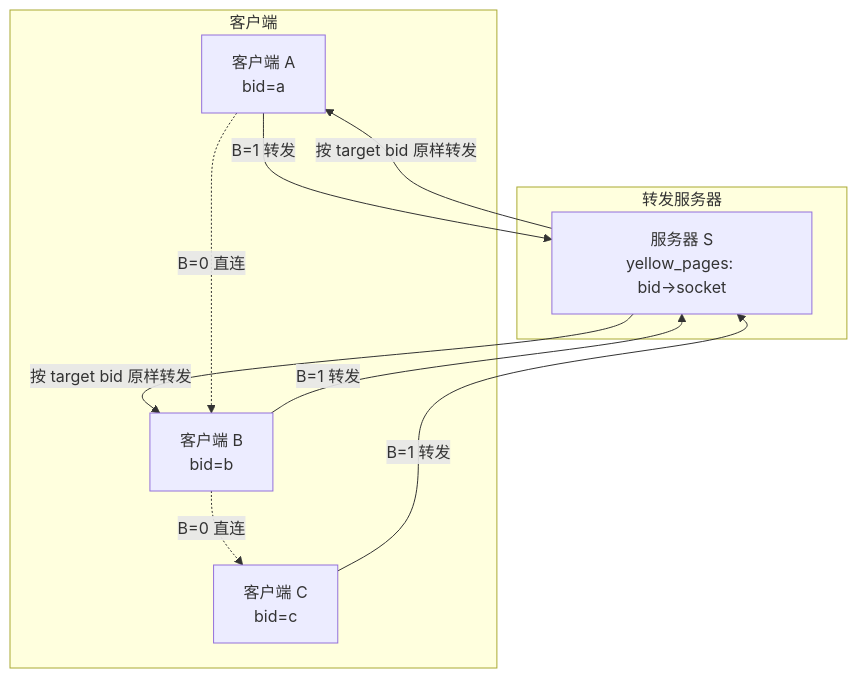
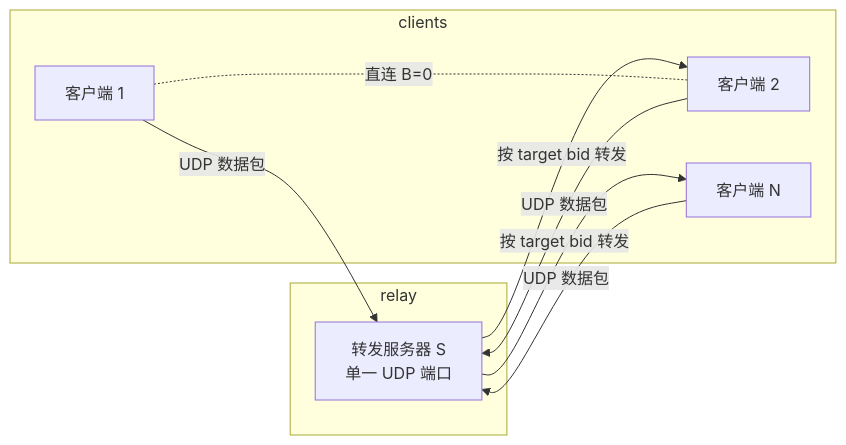
The first of 5 diagrams in docs/design-architecture.zh-CN.md (moky/magpie-bridge), drawn with Mermaid before and after one commit. The commit also changed other lines of this file and 5 other files, not shown here.

Commit message:
docs: regenerate from ai/ tasks with mermaid diagrams

````diff
--- a/docs/design-architecture.zh-CN.md
+++ b/docs/design-architecture.zh-CN.md
@@ -7,18 +7,17 @@
 ```mermaid
-graph TB
-    subgraph CL[客户端]
-        A[客户端 A<br/>bid=a]
-        B[客户端 B<br/>bid=b]
-        C[客户端 C<br/>bid=c]
+flowchart LR
+    subgraph clients
+        C1[客户端 1]
+        C2[客户端 2]
+        C3[客户端 N]
     end
-    subgraph SV[转发服务器]
-        S[服务器 S<br/>yellow_pages: bid→socket]
+    subgraph relay
+        S[转发服务器 S<br/>单一 UDP 端口]
     end
-    A -- "B=1 转发" --> S
-    B -- "B=1 转发" --> S
-    C -- "B=1 转发" --> S
-    S -- "按 target bid 原样转发" --> A
-    S -- "按 target bid 原样转发" --> B
-    A -. "B=0 直连" .-> B
-    B -. "B=0 直连" .-> C
+    C1 -->|"UDP 数据包"| S
+    C2 -->|"UDP 数据包"| S
+    C3 -->|"UDP 数据包"| S
+    S -->|"按 target bid 转发"| C2
+    S -->|"按 target bid 转发"| C3
+    C1 -. 直连 B=0 .- C2
 ```
````
